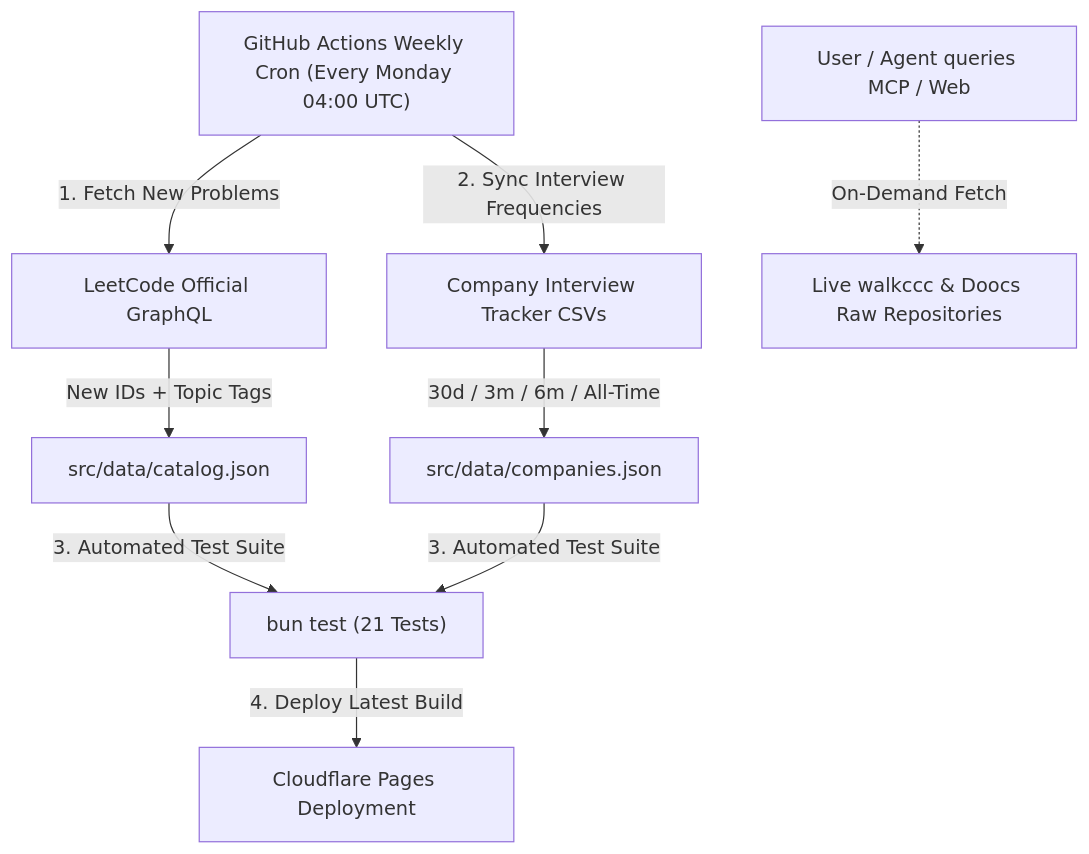
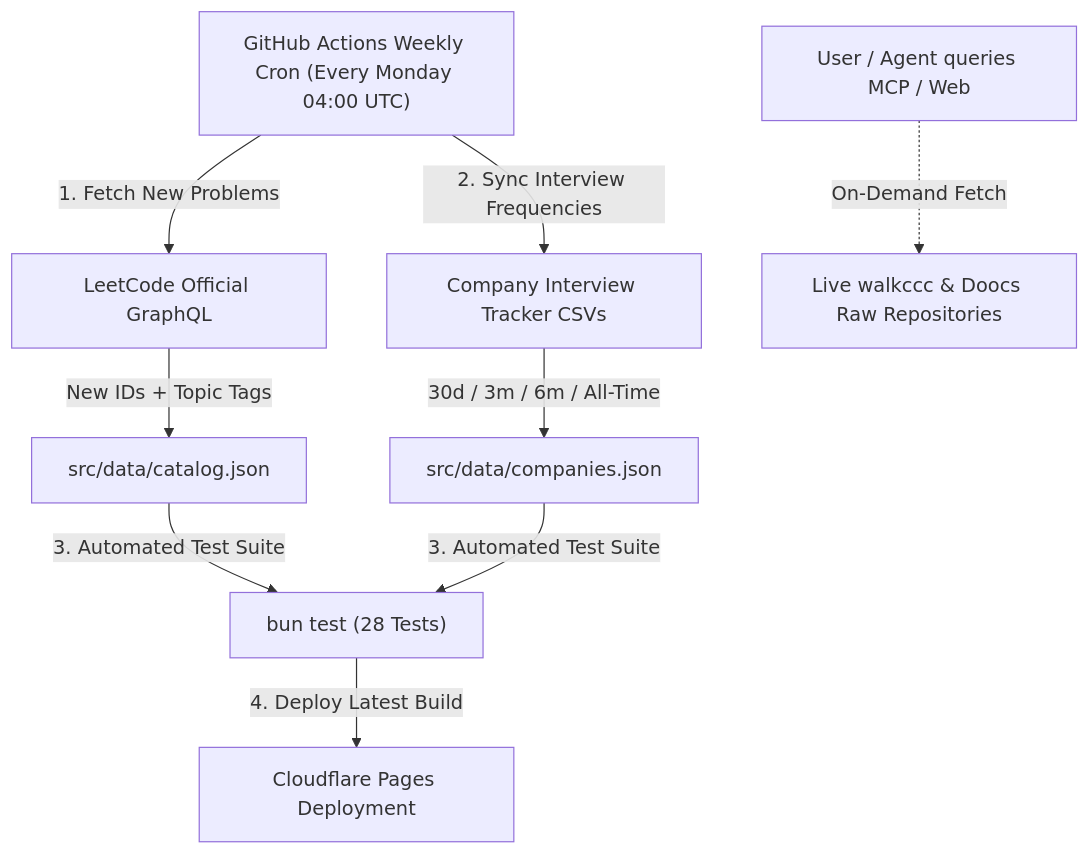
The first of 2 diagrams in README.md (dev-ansung/leetbank), drawn with Mermaid before and after one commit. The commit also changed other lines of this file, not shown here.

````diff
--- a/README.md
+++ b/README.md
@@ -91,15 +136,15 @@
 ```mermaid
 flowchart TD
     Cron["GitHub Actions Weekly Cron (Every Monday 04:00 UTC)"] -->|"1. Fetch New Problems"| LC_GQL["LeetCode Official GraphQL"]
     Cron -->|"2. Sync Interview Frequencies"| Comp_Tracker["Company Interview Tracker CSVs"]
     
     LC_GQL -->|"New IDs + Topic Tags"| CatalogJSON["src/data/catalog.json"]
     Comp_Tracker -->|"30d / 3m / 6m / All-Time"| CompJSON["src/data/companies.json"]
     
-    CatalogJSON -->|"3. Automated Test Suite"| BunTest["bun test (21 Tests)"]
+    CatalogJSON -->|"3. Automated Test Suite"| BunTest["bun test (28 Tests)"]
     CompJSON -->|"3. Automated Test Suite"| BunTest
     
     BunTest -->|"4. Deploy Latest Build"| CF_Pages["Cloudflare Pages Deployment"]
     
     User["User / Agent queries MCP / Web"] -.->|"On-Demand Fetch"| LiveSol["Live walkccc & Doocs Raw Repositories"]
 ```
````
